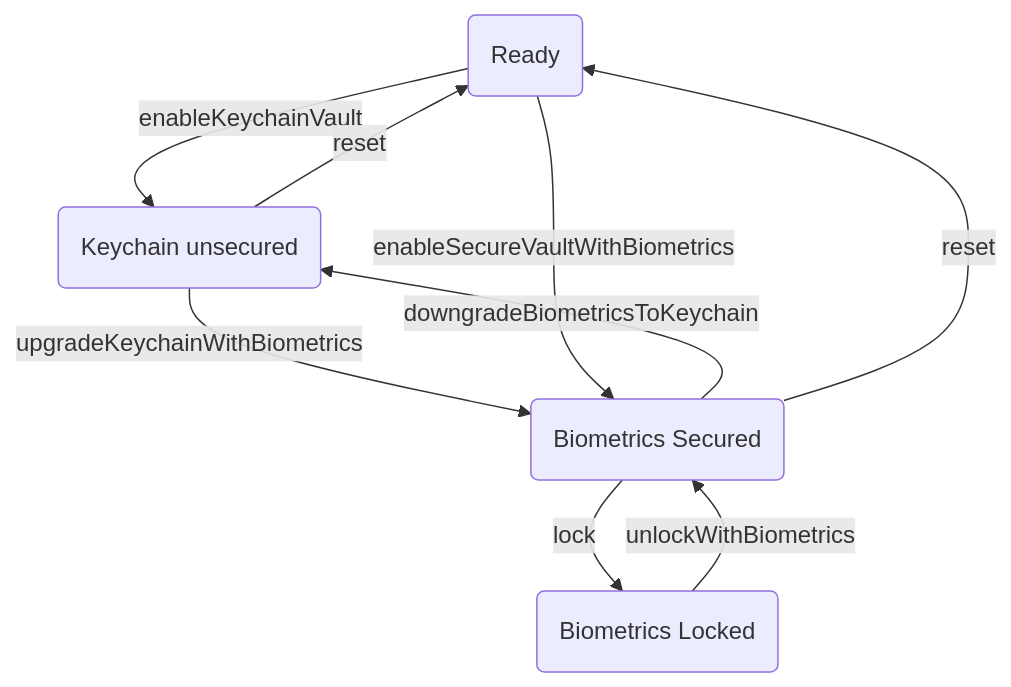
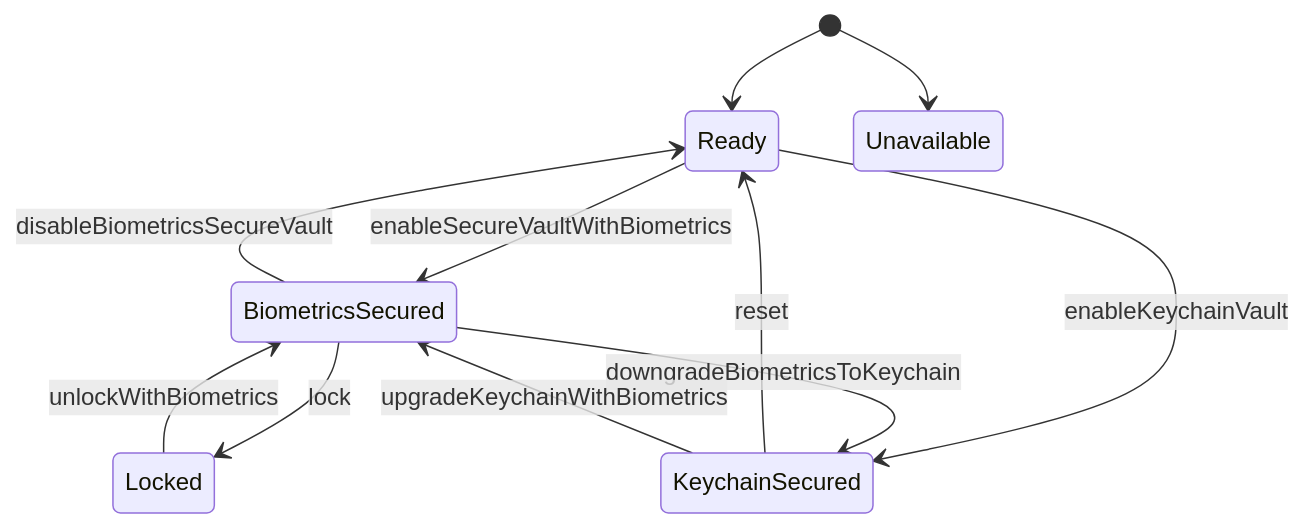
One commit to ariskox/BiometricsVault changed the diagram in README.md. Above: the diagram before and after it, drawn with Mermaid.

````diff
--- a/README.md
+++ b/README.md
@@ -37,11 +37,13 @@
 ```mermaid
-graph TD;
-    R(Ready)--enableKeychainVault-->K(Keychain unsecured);
-    K--upgradeKeychainWithBiometrics-->B(Biometrics Secured);
-    R--enableSecureVaultWithBiometrics-->B;
-    B--lock-->BD(Biometrics Locked);
-    BD--unlockWithBiometrics-->B;
-    B--downgradeBiometricsToKeychain-->K;
-    B--reset-->R;
-    K--reset-->R;
+stateDiagram-v2
+    [*] --> Ready
+    [*] --> Unavailable
+    Ready --> ΒiometricsSecured: enableSecureVaultWithBiometrics
+    ΒiometricsSecured --> Locked: lock
+    Locked --> ΒiometricsSecured: unlockWithBiometrics
+    Ready --> KeychainSecured: enableKeychainVault
+    KeychainSecured --> Ready: reset
+    ΒiometricsSecured --> Ready: disableBiometricsSecureVault
+    ΒiometricsSecured --> KeychainSecured: downgradeBiometricsToKeychain
+    KeychainSecured --> ΒiometricsSecured: upgradeKeychainWithBiometrics
 ```
````
